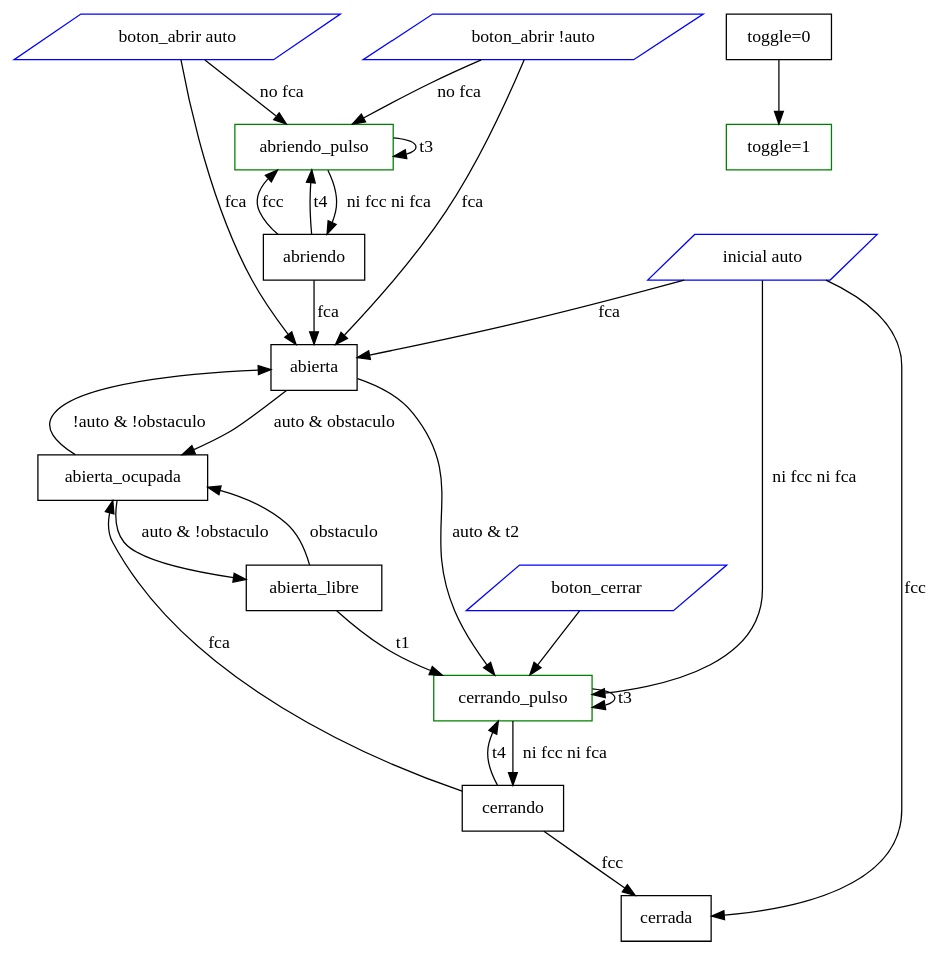
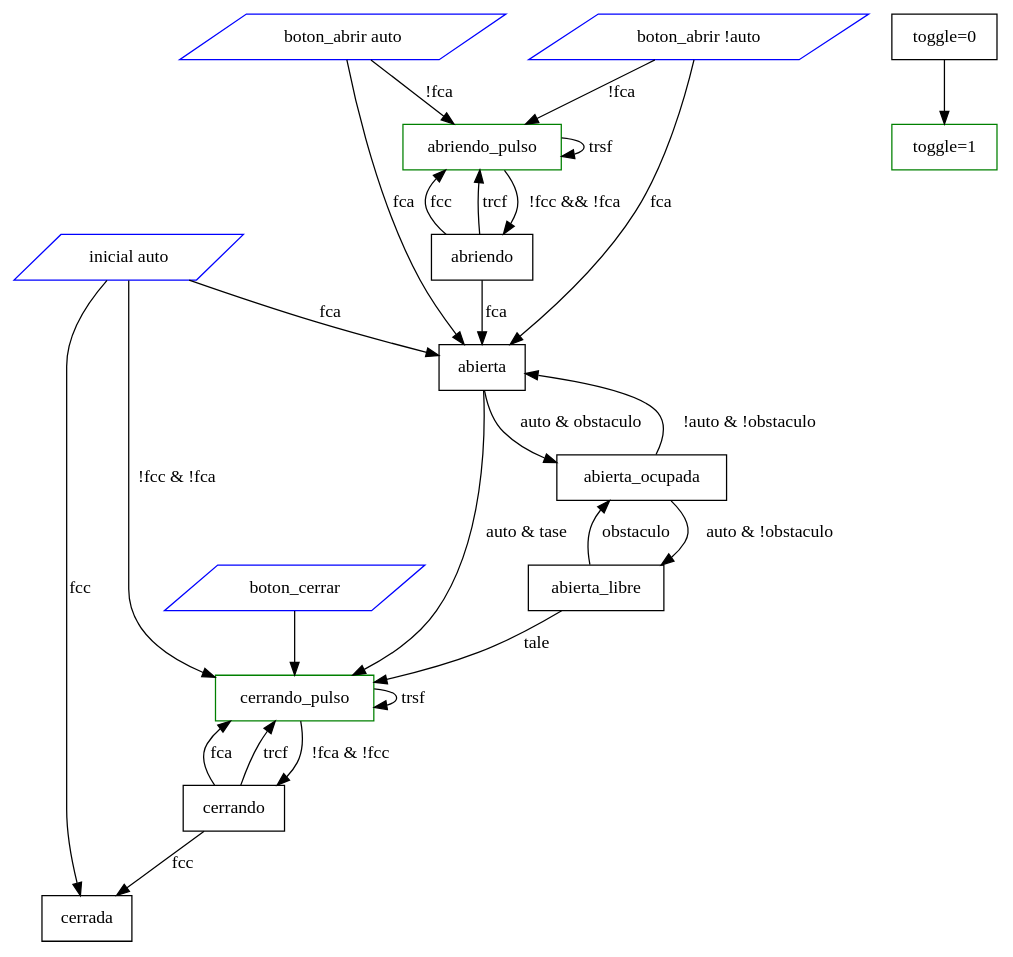
One commit to kreitek/parkingBarrera changed the diagram in xboardrelay_dhcp_parking/diagrama_estados.dot. Above: the diagram before and after it, drawn with Graphviz.

Commit message:
ordenado y estandar tiempos

```diff
--- a/xboardrelay_dhcp_parking/diagrama_estados.dot
+++ b/xboardrelay_dhcp_parking/diagrama_estados.dot
@@ -1,47 +1,50 @@
 digraph G {
 
     { 
         "inicial auto" [shape=parallelogram color=blue]
         boton_cerrar [shape=parallelogram color=blue]
         "boton_abrir auto" [shape=parallelogram color=blue]
         "boton_abrir !auto" [shape=parallelogram color=blue]
         abriendo_pulso [shape=box color=green]
         abriendo [shape=box color=black]
         abierta_libre [shape=box color=black]
         abierta_ocupada [shape=box color=black]
         abierta [shape=box color=black]
         cerrando_pulso [shape=box color=green]
         cerrando [shape=box color=black]
         cerrada [shape=box color=black]
         "toggle=1" [shape=box color=green]
         "toggle=0" [shape=box color=black]
     }
 
     boton_cerrar -> cerrando_pulso
-    "boton_abrir auto" -> abriendo_pulso [label="no fca"]
+    "boton_abrir auto" -> abriendo_pulso [label="!fca"]
     "boton_abrir auto" -> abierta [label="fca"]
-    "boton_abrir !auto" -> abriendo_pulso [label="no fca"]
+    "boton_abrir !auto" -> abriendo_pulso [label="!fca"]
     "boton_abrir !auto" -> abierta [label="fca"]
 
     "inicial auto" -> cerrada [label="fcc"]
     "inicial auto" -> abierta [label="fca"]
-    "inicial auto" -> cerrando_pulso [label="ni fcc ni fca"]
-    abriendo_pulso -> abriendo [label="ni fcc ni fca"]
+    "inicial auto" -> cerrando_pulso [label="!fcc & !fca"]
+
+    /* seguir el orden del switch-case en estados.cpp */
+
+    abriendo_pulso -> abriendo [label="!fcc && !fca"]
+    abriendo_pulso -> abriendo_pulso [label="trsf"]
     abriendo -> abierta [label="fca"]
     abriendo -> abriendo_pulso [label="fcc"]
-    abriendo_pulso -> abriendo_pulso [label="t3"]
-    abriendo -> abriendo_pulso [label="t4"]
+    abriendo -> abriendo_pulso [label="trcf"]
     abierta -> abierta_ocupada [label="auto & obstaculo"]
+    abierta -> cerrando_pulso [label="auto & tase"]
     abierta_ocupada -> abierta [label="!auto & !obstaculo"]
-    abierta -> cerrando_pulso [label="auto & t2"]
     abierta_ocupada -> abierta_libre [label="auto & !obstaculo"]
     abierta_libre -> abierta_ocupada [label="obstaculo"]
-    abierta_libre -> cerrando_pulso [label="t1"]
-    cerrando_pulso -> cerrando_pulso [label="t3"]
-    cerrando -> cerrando_pulso [label="t4"]
-    cerrando_pulso -> cerrando [label="ni fcc ni fca"]
+    abierta_libre -> cerrando_pulso [label="tale"]
+    cerrando_pulso -> cerrando [label="!fca & !fcc"]
+    cerrando_pulso -> cerrando_pulso [label="trsf"]
     cerrando -> cerrada [label="fcc"]
-    cerrando -> abierta_ocupada [label="fca"]
+    cerrando -> cerrando_pulso [label="fca"]
+    cerrando -> cerrando_pulso [label="trcf"]
 
 	"toggle=0" -> "toggle=1"
 }
```
